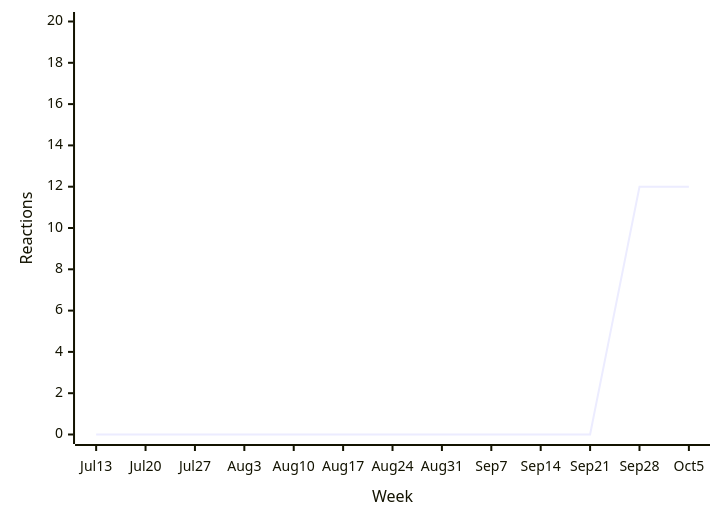
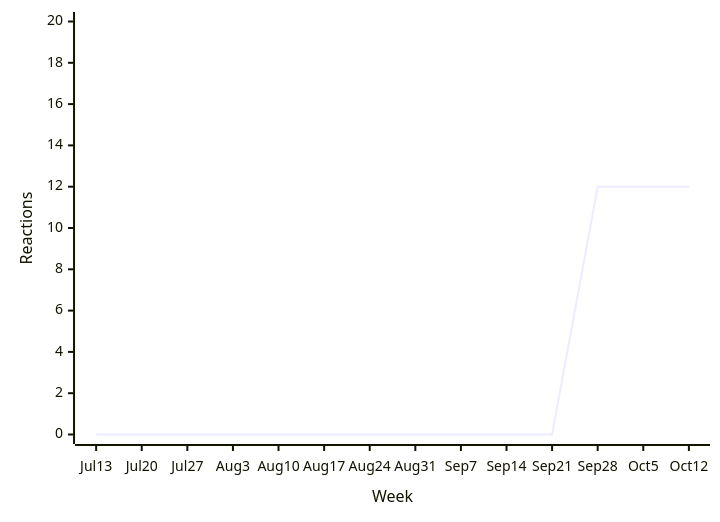
Diagram 11 of 35 in README.md (loic-sharma/github-insights), drawn with Mermaid before and after one commit. The commit also changed other lines of this file and 3 other files, not shown here.

````diff
--- a/README.md
+++ b/README.md
@@ -494,6 +494,6 @@
   ```mermaid
   xychart-beta
-    x-axis "Week" [Jul 13, Jul 20, Jul 27, Aug 3, Aug 10, Aug 17, Aug 24, Aug 31, Sep 7, Sep 14, Sep 21, Sep 28, Oct 5]
+    x-axis "Week" [Jul 13, Jul 20, Jul 27, Aug 3, Aug 10, Aug 17, Aug 24, Aug 31, Sep 7, Sep 14, Sep 21, Sep 28, Oct 5, Oct 12]
     y-axis "Reactions" 0 --> 20
-    line [0, 0, 0, 0, 0, 0, 0, 0, 0, 0, 0, 12, 12]
+    line [0, 0, 0, 0, 0, 0, 0, 0, 0, 0, 0, 12, 12, 12]
   ```
````
